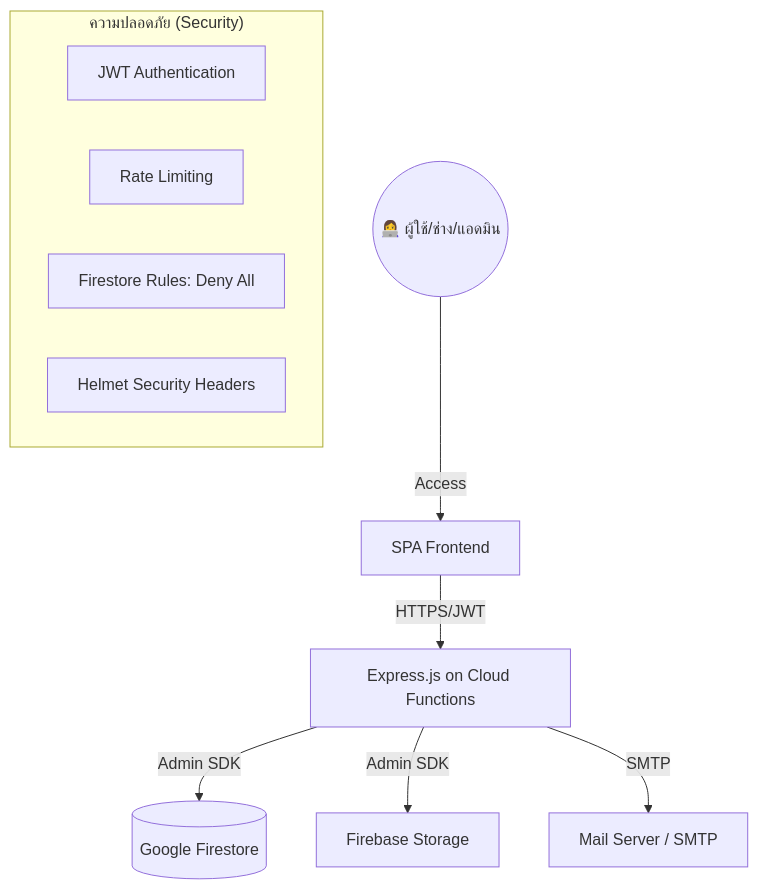
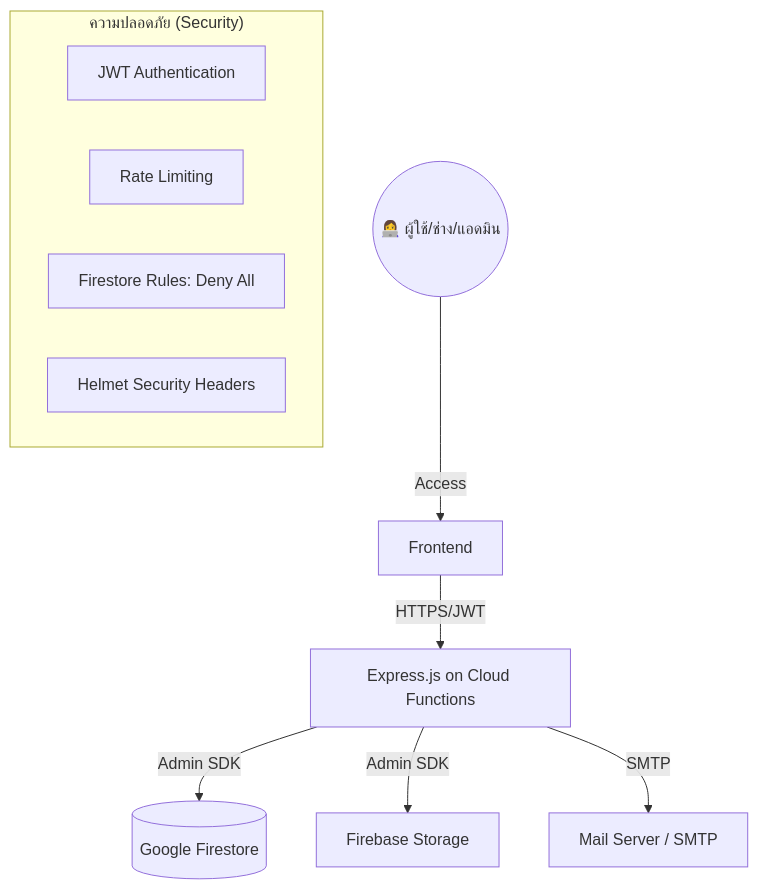
Before and after one commit to Warattayaaa/--website: the fifth of 5 diagrams in README.md, drawn with Mermaid.

Commit message:
Update README to change 'SPA Frontend' to 'Frontend'

````diff
--- a/README.md
+++ b/README.md
@@ -316,15 +316,15 @@
 ```mermaid
 graph TD
-    User((👩‍💻 ผู้ใช้/ช่าง/แอดมิน)) -- Access --> Web[SPA Frontend]
+    User((👩‍💻 ผู้ใช้/ช่าง/แอดมิน)) -- Access --> Web[Frontend]
     Web -- HTTPS/JWT --> API[Express.js on Cloud Functions]
     API -- Admin SDK --> DB[(Google Firestore)]
     API -- Admin SDK --> Storage[Firebase Storage]
     API -- SMTP --> Mail[Mail Server / SMTP]
     
     subgraph "ความปลอดภัย (Security)"
         Auth[JWT Authentication]
         Rate[Rate Limiting]
         Rules[Firestore Rules: Deny All]
         Helm[Helmet Security Headers]
     end
 ```
````
